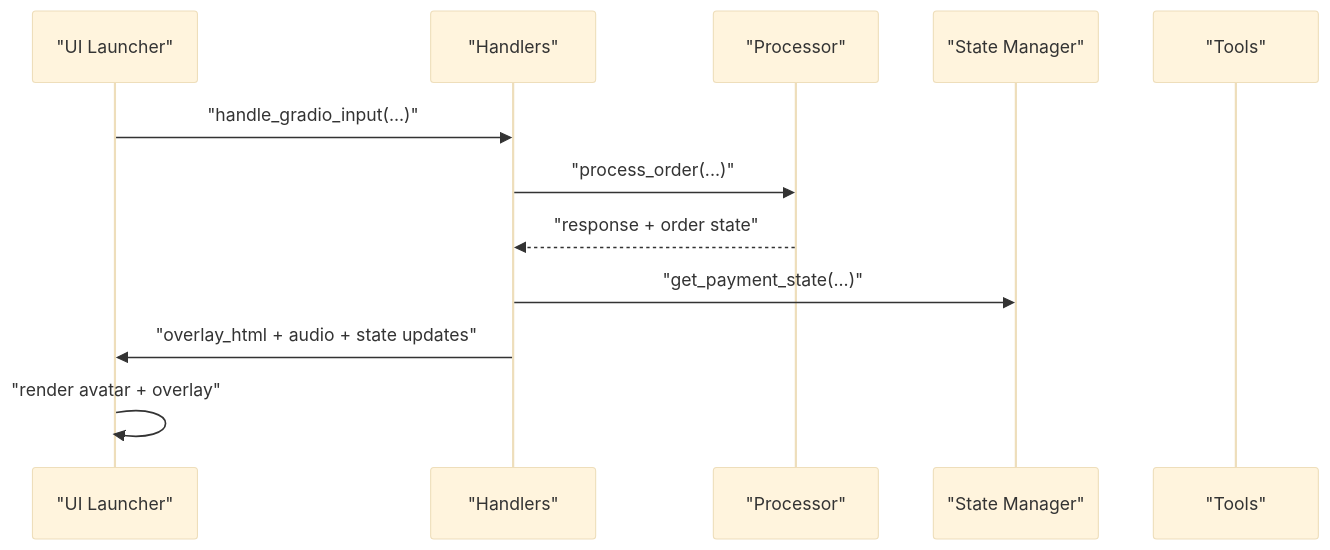
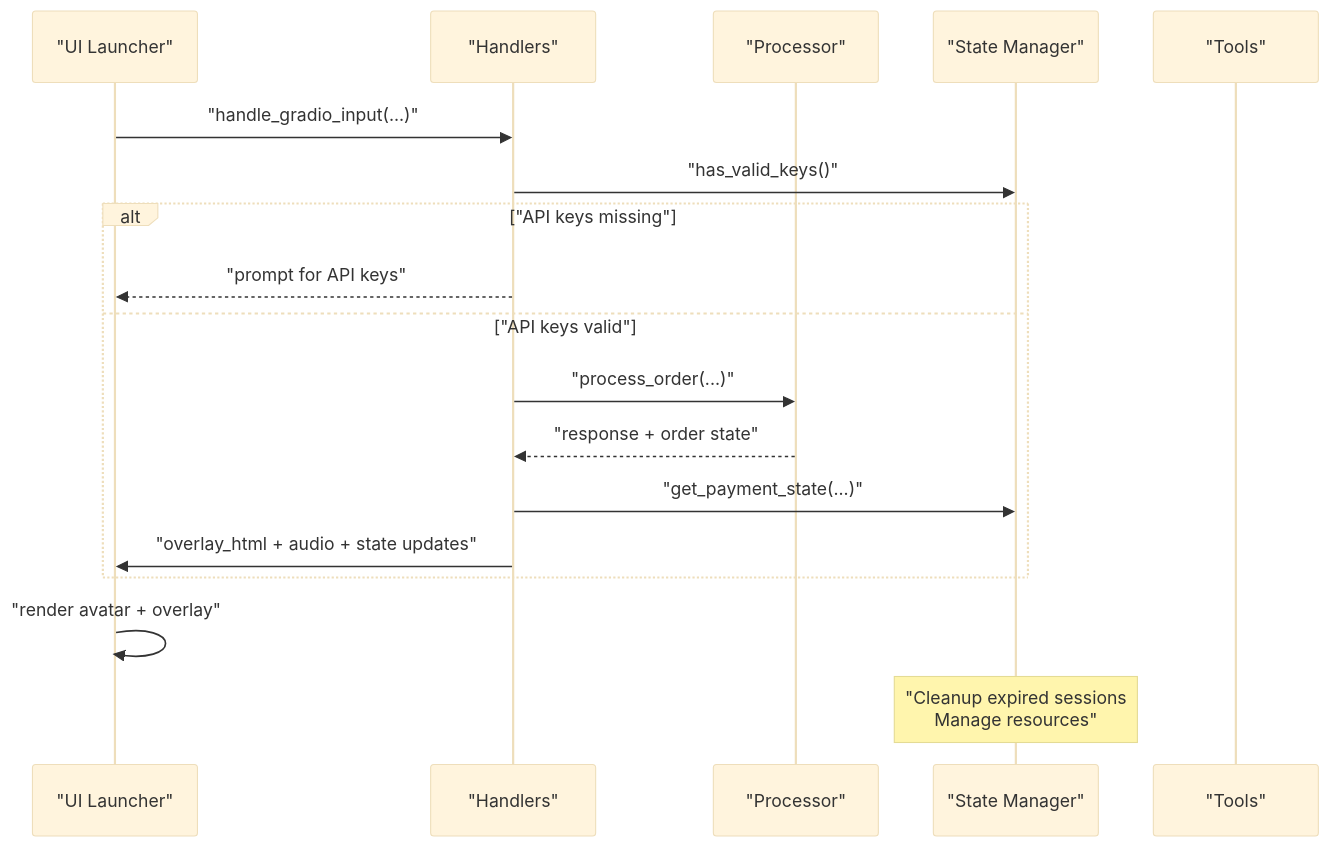
Before and after one commit to MOK-5-ha/MayaMCP: the seventh of 10 diagrams in .qoder/repowiki/en/content/Core Architecture/State Management Patterns.md, drawn with Mermaid (base theme). The commit also changed other lines of this file and 27 other files, not shown here.

````diff
--- a/.qoder/repowiki/en/content/Core Architecture/State Management Patterns.md
+++ b/.qoder/repowiki/en/content/Core Architecture/State Management Patterns.md
@@ -288,14 +396,20 @@
 ```mermaid
 sequenceDiagram
 participant UI as "UI Launcher"
 participant H as "Handlers"
 participant Proc as "Processor"
 participant SM as "State Manager"
 participant TL as "Tools"
 UI->>H : "handle_gradio_input(...)"
+H->>SM : "has_valid_keys()"
+alt "API keys missing"
+H-->>UI : "prompt for API keys"
+else "API keys valid"
 H->>Proc : "process_order(...)"
 Proc-->>H : "response + order state"
 H->>SM : "get_payment_state(...)"
 H->>UI : "overlay_html + audio + state updates"
+end
 UI->>UI : "render avatar + overlay"
+Note over SM : "Cleanup expired sessions<br/>Manage resources"
 ```
````
